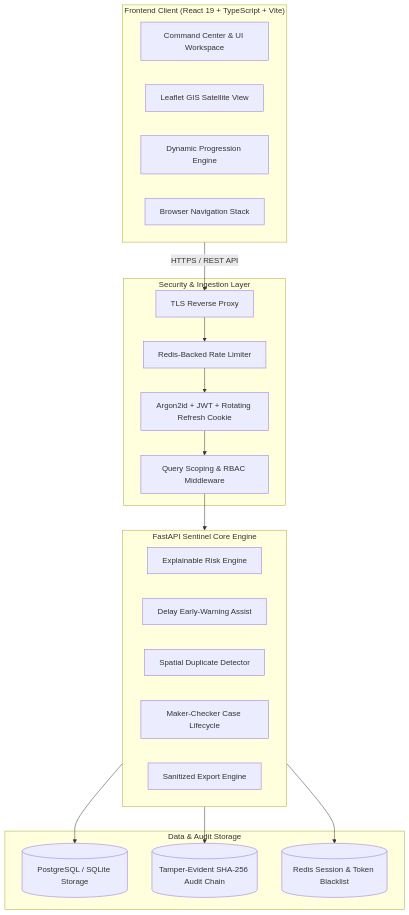
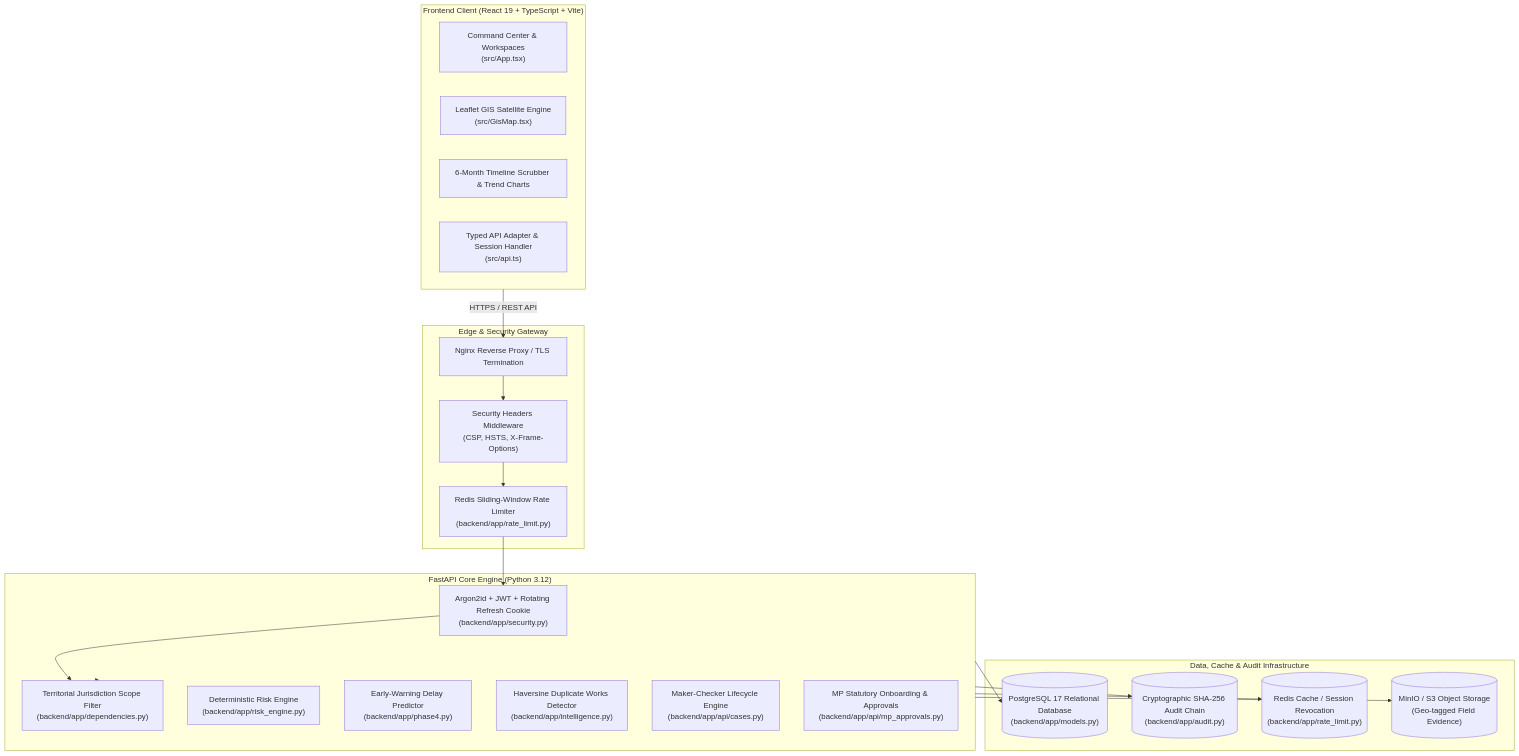
Before and after one commit to SriVishnu230707/mplads-sentinel-ai: the first of 2 diagrams in README.md, drawn with Mermaid. The commit also changed other lines of this file, not shown here.

Commit message:
docs: expand README with deep step-by-step module analysis, algorithms, and hosting architectures

````diff
--- a/README.md
+++ b/README.md
@@ -32,39 +56,43 @@
 ```mermaid
 flowchart TB
     subgraph ClientLayer["Frontend Client (React 19 + TypeScript + Vite)"]
-        UI[Command Center & UI Workspace]
-        GIS[Leaflet GIS Satellite View]
-        Charts[Dynamic Progression Engine]
-        HistoryNav[Browser Navigation Stack]
+        UI["Command Center & Workspaces\n(src/App.tsx)"]
+        GIS["Leaflet GIS Satellite Engine\n(src/GisMap.tsx)"]
+        Timeline["6-Month Timeline Scrubber & Trend Charts"]
+        APIClient["Typed API Adapter & Session Handler\n(src/api.ts)"]
     end
 
-    subgraph SecurityGateway["Security & Ingestion Layer"]
-        ReverseProxy[TLS Reverse Proxy]
-        RateLimiter[Redis-Backed Rate Limiter]
-        AuthGuard[Argon2id + JWT + Rotating Refresh Cookie]
-        JurisdictionFilter[Query Scoping & RBAC Middleware]
+    subgraph ReverseProxyLayer["Edge & Security Gateway"]
+        Nginx["Nginx Reverse Proxy / TLS Termination"]
+        SecHeaders["Security Headers Middleware\n(CSP, HSTS, X-Frame-Options)"]
+        RateLimiter["Redis Sliding-Window Rate Limiter\n(backend/app/rate_limit.py)"]
     end
 
-    subgraph CoreEngine["FastAPI Sentinel Core Engine"]
-        AnomalyEngine[Explainable Risk Engine]
-        DelayPredictor[Delay Early-Warning Assist]
-        GeoCluster[Spatial Duplicate Detector]
-        InvestigationFlow[Maker-Checker Case Lifecycle]
-        ReportGen[Sanitized Export Engine]
+    subgraph ApplicationLayer["FastAPI Core Engine (Python 3.12)"]
+        AuthModule["Argon2id + JWT + Rotating Refresh Cookie\n(backend/app/security.py)"]
+        RBAC["Territorial Jurisdiction Scope Filter\n(backend/app/dependencies.py)"]
+        RiskEngine["Deterministic Risk Engine\n(backend/app/risk_engine.py)"]
+        DelayPredictor["Early-Warning Delay Predictor\n(backend/app/phase4.py)"]
+        SpatialClustering["Haversine Duplicate Works Detector\n(backend/app/intelligence.py)"]
+        CaseEngine["Maker-Checker Lifecycle Engine\n(backend/app/api/cases.py)"]
+        MPDossier["MP Statutory Onboarding & Approvals\n(backend/app/api/mp_approvals.py)"]
     end
 
-    subgraph StorageLayer["Data & Audit Storage"]
-        AppDB[(PostgreSQL / SQLite Storage)]
-        AuditChain[(Tamper-Evident SHA-256 Audit Chain)]
-        RedisCache[(Redis Session & Token Blacklist)]
+    subgraph StorageLayer["Data, Cache & Audit Infrastructure"]
+        Postgres[("PostgreSQL 17 Relational Database\n(backend/app/models.py)")]
+        AuditChain[("Cryptographic SHA-256 Audit Chain\n(backend/app/audit.py)")]
+        RedisSession[("Redis Cache / Session Revocation\n(backend/app/rate_limit.py)")]
+        MinIO[("MinIO / S3 Object Storage\n(Geo-tagged Field Evidence)")]
     end
 
-    ClientLayer -->|HTTPS / REST API| ReverseProxy
-    ReverseProxy --> RateLimiter
-    RateLimiter --> AuthGuard
-    AuthGuard --> JurisdictionFilter
-    JurisdictionFilter --> CoreEngine
-    CoreEngine --> AppDB
-    CoreEngine --> AuditChain
-    CoreEngine --> RedisCache
+    ClientLayer -->|HTTPS / REST API| Nginx
+    Nginx --> SecHeaders
+    SecHeaders --> RateLimiter
+    RateLimiter --> AuthModule
+    AuthModule --> RBAC
+    RBAC --> ApplicationLayer
+    ApplicationLayer --> Postgres
+    ApplicationLayer --> AuditChain
+    ApplicationLayer --> RedisSession
+    ApplicationLayer --> MinIO
 ```
````
